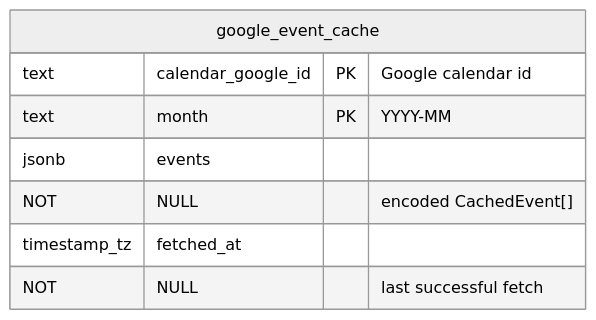
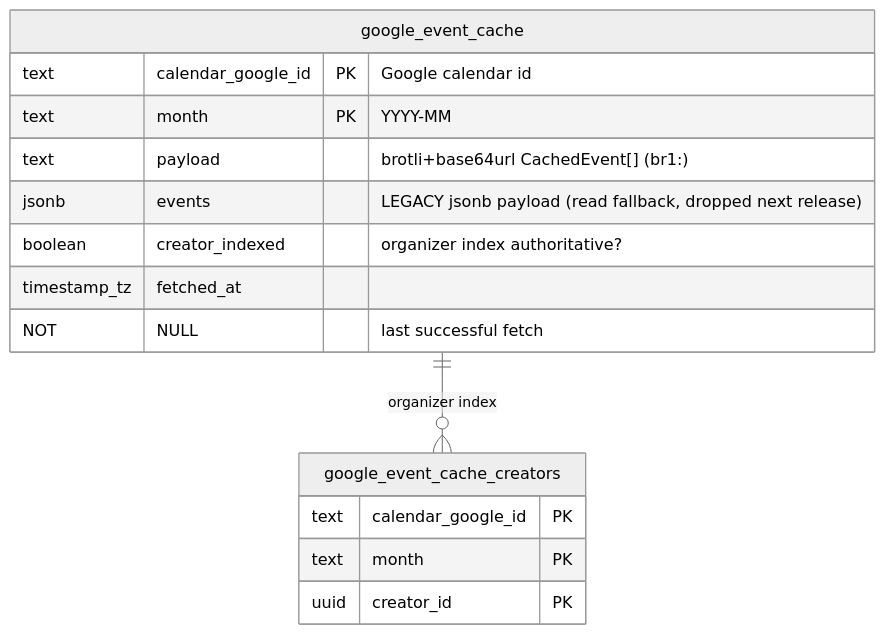
One commit to oncloudnintynineone-source/cloudy2 changed the second of 7 diagrams in docs/events-cache.md. Above: the diagram before and after it, drawn with Mermaid (neutral theme). The commit also changed other lines of this file and 29 other files, not shown here.

Commit message:
Compress the Google events cache payload, load dashboard tabs on demand, index event creators (Neon egress)

````diff
--- a/docs/events-cache.md
+++ b/docs/events-cache.md
@@ -144,9 +144,17 @@
 ```mermaid
 erDiagram
  google_event_cache {
  text calendar_google_id PK "Google calendar id"
  text month PK "YYYY-MM"
- jsonb events NOT NULL "encoded CachedEvent[]"
+ text payload "brotli+base64url CachedEvent[] (br1:)"
+ jsonb events "LEGACY jsonb payload (read fallback, dropped next release)"
+ boolean creator_indexed "organizer index authoritative?"
  timestamp_tz fetched_at NOT NULL "last successful fetch"
  }
+ google_event_cache_creators {
+ text calendar_google_id PK
+ text month PK
+ uuid creator_id PK
+ }
+ google_event_cache ||--o{ google_event_cache_creators : "organizer index"
 ```
````
